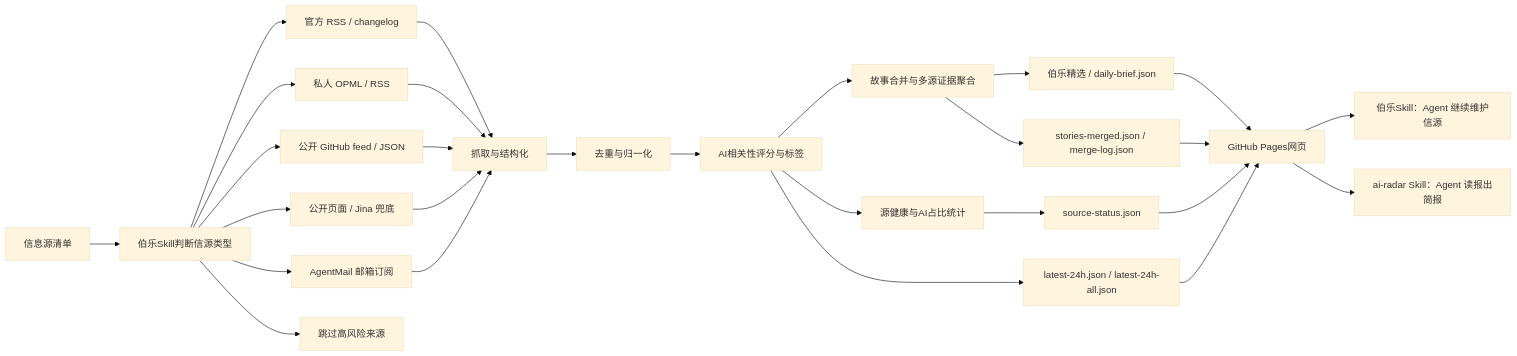
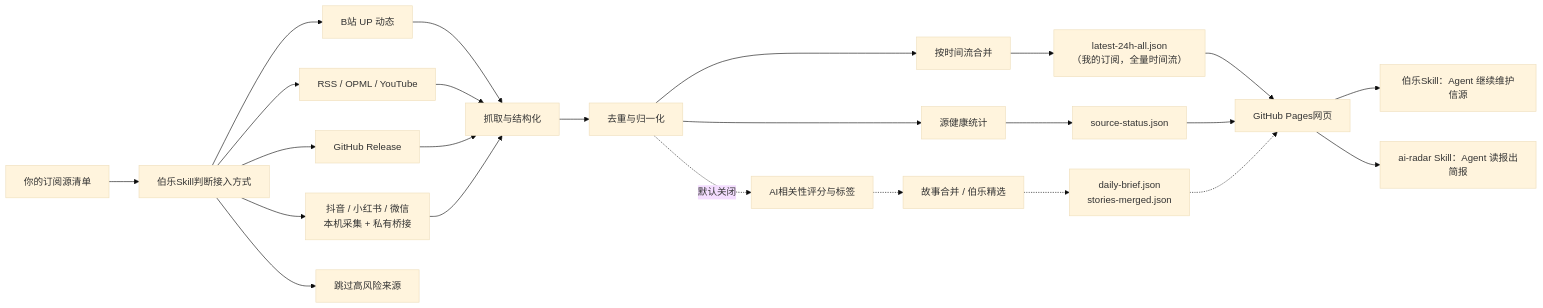
The diagram in README.md (kunkunzi996/ai-news-radar), drawn with Mermaid (base theme) before and after one commit. The commit also changed other lines of this file and 1 other file, not shown here.

````diff
--- a/README.md
+++ b/README.md
@@ -120,35 +116,33 @@
 ```mermaid
 flowchart LR
-    source["信息源清单"] --> classify["伯乐Skill判断信源类型"]
+    subs["你的订阅源清单"] --> classify["伯乐Skill判断接入方式"]
 
-    classify --> official["官方 RSS / changelog"]
-    classify --> opml["私人 OPML / RSS"]
-    classify --> publicFeed["公开 GitHub feed / JSON"]
-    classify --> staticPage["公开页面 / Jina 兜底"]
-    classify --> privateMail["AgentMail 邮箱订阅"]
+    classify --> bili["B站 UP 动态"]
+    classify --> rss["RSS / OPML / YouTube"]
+    classify --> gh["GitHub Release"]
+    classify --> bridge["抖音 / 小红书 / 微信<br/>本机采集 + 私有桥接"]
     classify --> skip["跳过高风险来源"]
 
-    official --> fetch["抓取与结构化"]
-    opml --> fetch
-    publicFeed --> fetch
-    staticPage --> fetch
-    privateMail --> fetch
+    bili --> fetch["抓取与结构化"]
+    rss --> fetch
+    gh --> fetch
+    bridge --> fetch
 
     fetch --> dedup["去重与归一化"]
-    dedup --> score["AI相关性评分与标签"]
-    score --> story["故事合并与多源证据聚合"]
-    score --> status["源健康与AI占比统计"]
+    dedup --> stream["按时间流合并"]
+    dedup --> status["源健康统计"]
 
-    story --> brief["伯乐精选 / daily-brief.json"]
-    story --> merged["stories-merged.json / merge-log.json"]
+    stream --> latest["latest-24h-all.json<br/>（我的订阅，全量时间流）"]
     status --> sourceData["source-status.json"]
-    score --> latest["latest-24h.json / latest-24h-all.json"]
 
-    brief --> pages["GitHub Pages网页"]
-    merged --> pages
+    dedup -.默认关闭.-> score["AI相关性评分与标签"]
+    score -.-> story["故事合并 / 伯乐精选"]
+    story -.-> brief["daily-brief.json<br/>stories-merged.json"]
+
+    latest --> pages["GitHub Pages网页"]
     sourceData --> pages
-    latest --> pages
+    brief -.-> pages
 
     pages --> agent["伯乐Skill：Agent 继续维护信源"]
     pages --> radar["ai-radar Skill：Agent 读报出简报"]
 ```
````
